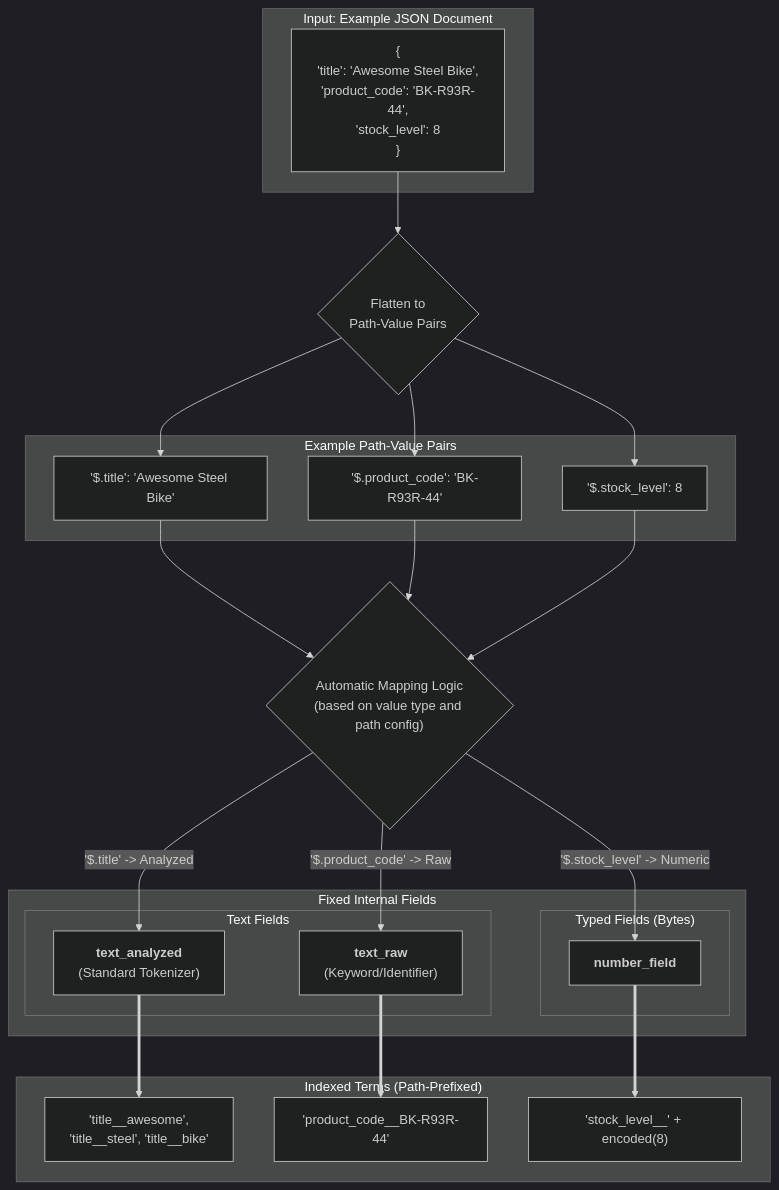
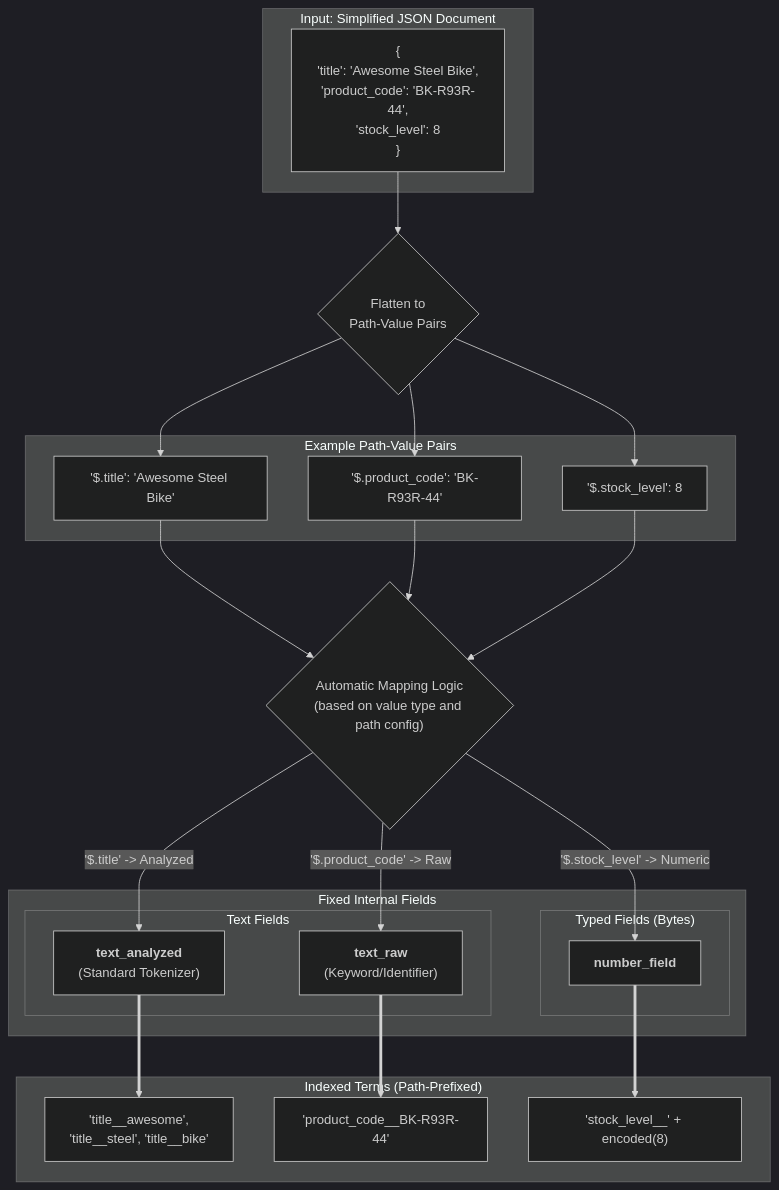
One commit to kolafish/tantivy changed the first of 3 diagrams in TiCI_JSON_Support_Proposal.md. Above: the diagram before and after it, drawn with Mermaid (dark theme). The commit also changed other lines of this file, not shown here.

````diff
--- a/TiCI_JSON_Support_Proposal.md
+++ b/TiCI_JSON_Support_Proposal.md
@@ -96,39 +146,39 @@
 ```mermaid
 graph TD
-    subgraph "Input: Example JSON Document"
+    subgraph "Input: Simplified JSON Document"
         A["{<br/>'title': 'Awesome Steel Bike',<br/>'product_code': 'BK-R93R-44',<br/>'stock_level': 8<br/>}"]
     end
 
     A --> B{"Flatten to<br/>Path-Value Pairs"};
 
     subgraph "Example Path-Value Pairs"
         C["'$.title': 'Awesome Steel Bike'"]
         D["'$.product_code': 'BK-R93R-44'"]
         E["'$.stock_level': 8"]
     end
     B --> C & D & E
 
     C --> H{"Automatic Mapping Logic<br/>(based on value type and path config)"};
     D --> H;
     E --> H;
 
     subgraph "Fixed Internal Fields"
         subgraph "Text Fields"
             I["<b>text_analyzed</b><br>(Standard Tokenizer)"]
             J["<b>text_raw</b><br>(Keyword/Identifier)"]
         end
         subgraph "Typed Fields (Bytes)"
             L["<b>number_field</b>"]
         end
     end
     
     H -- "'$.title' -> Analyzed" --> I
     H -- "'$.product_code' -> Raw" --> J
     H -- "'$.stock_level' -> Numeric" --> L
 
     subgraph "Indexed Terms (Path-Prefixed)"
         I ==> P["'title__awesome',<br/>'title__steel', 'title__bike'"]
         J ==> Q["'product_code__BK-R93R-44'"]
         L ==> R["'stock_level__' + encoded(8)"]
     end
 ```
````
